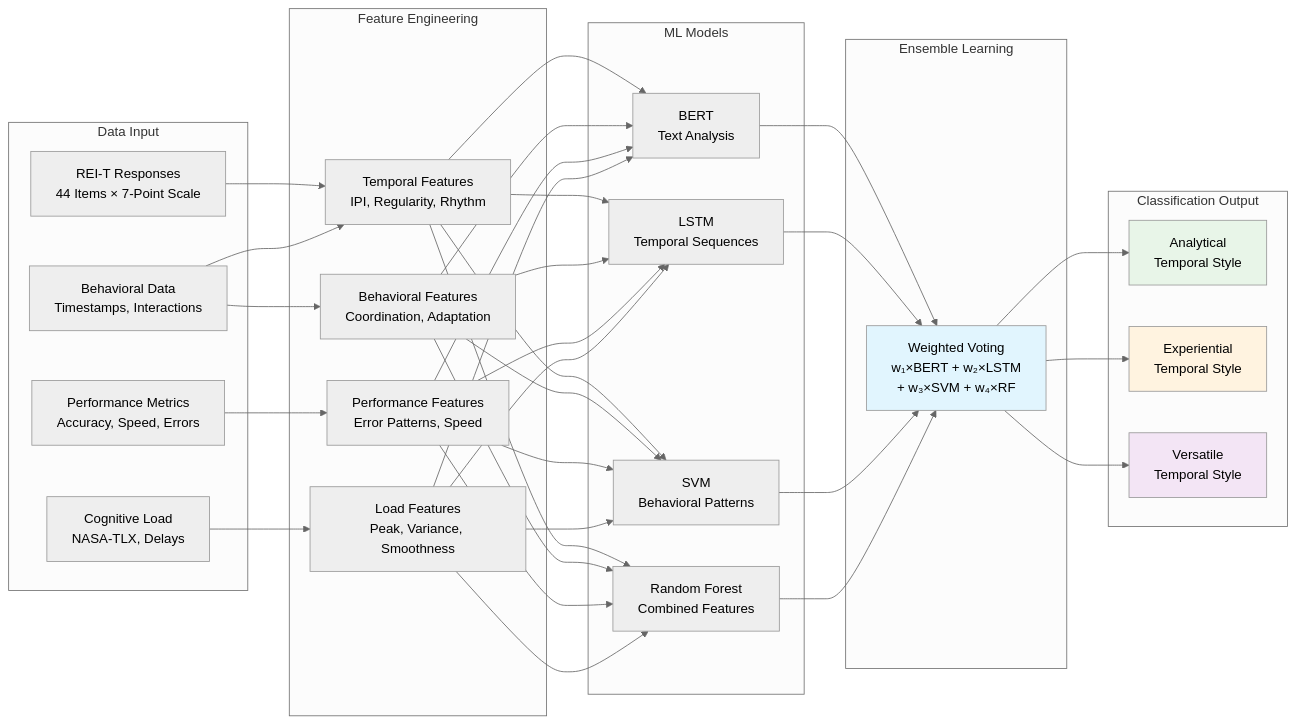
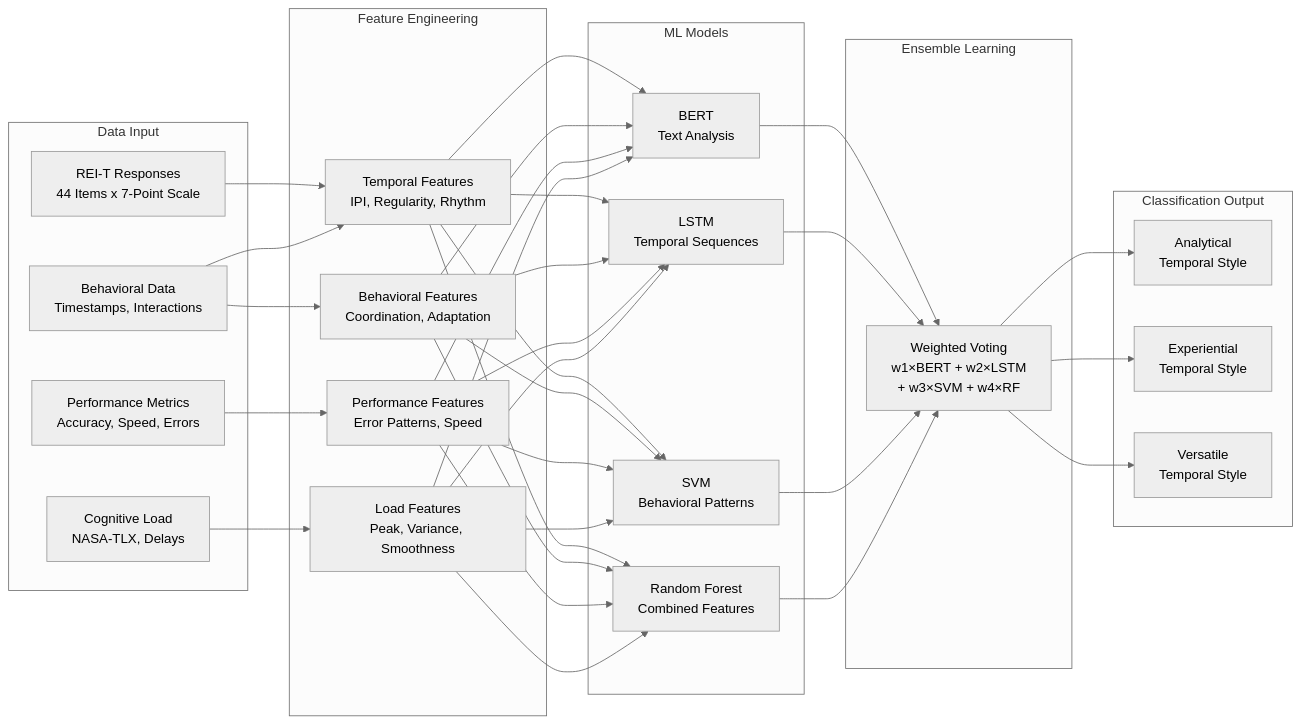
Before and after one commit to Harrypatria/TACAI-Temporal-Cognitive-Adaptation-for-Human-AI: the third of 6 diagrams in README.md, drawn with Mermaid (neutral theme). The commit also changed other lines of this file, not shown here.

````diff
--- a/README.md
+++ b/README.md
@@ -134,57 +124,52 @@
 ```mermaid
 flowchart LR
     subgraph "Data Input"
-        A1[REI-T Responses<br/>44 Items × 7-Point Scale]
+        A1[REI-T Responses<br/>44 Items x 7-Point Scale]
         A2[Behavioral Data<br/>Timestamps, Interactions]
         A3[Performance Metrics<br/>Accuracy, Speed, Errors]
         A4[Cognitive Load<br/>NASA-TLX, Delays]
     end
     
     subgraph "Feature Engineering"
         B1[Temporal Features<br/>IPI, Regularity, Rhythm]
         B2[Behavioral Features<br/>Coordination, Adaptation]
         B3[Performance Features<br/>Error Patterns, Speed]
         B4[Load Features<br/>Peak, Variance, Smoothness]
     end
     
     subgraph "ML Models"
         C1[BERT<br/>Text Analysis]
         C2[LSTM<br/>Temporal Sequences]
         C3[SVM<br/>Behavioral Patterns]
         C4[Random Forest<br/>Combined Features]
     end
     
     subgraph "Ensemble Learning"
-        D1[Weighted Voting<br/>w₁×BERT + w₂×LSTM<br/>+ w₃×SVM + w₄×RF]
+        D1[Weighted Voting<br/>w1×BERT + w2×LSTM<br/>+ w3×SVM + w4×RF]
     end
     
     subgraph "Classification Output"
         E1[Analytical<br/>Temporal Style]
         E2[Experiential<br/>Temporal Style]
         E3[Versatile<br/>Temporal Style]
     end
     
     A1 --> B1
     A2 --> B1 & B2
     A3 --> B3
     A4 --> B4
     
     B1 --> C1 & C2 & C3 & C4
     B2 --> C1 & C2 & C3 & C4
     B3 --> C1 & C2 & C3 & C4
     B4 --> C1 & C2 & C3 & C4
     
     C1 --> D1
     C2 --> D1
     C3 --> D1
     C4 --> D1
     
     D1 --> E1
     D1 --> E2
     D1 --> E3
-    
-    style D1 fill:#e1f5fe
-    style E1 fill:#e8f5e8
-    style E2 fill:#fff3e0
-    style E3 fill:#f3e5f5
 ```
````
